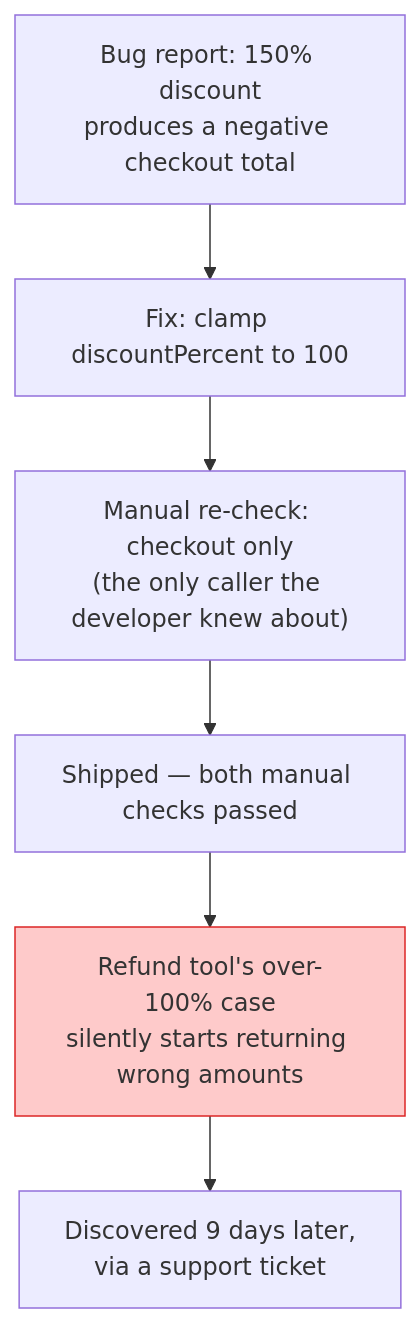
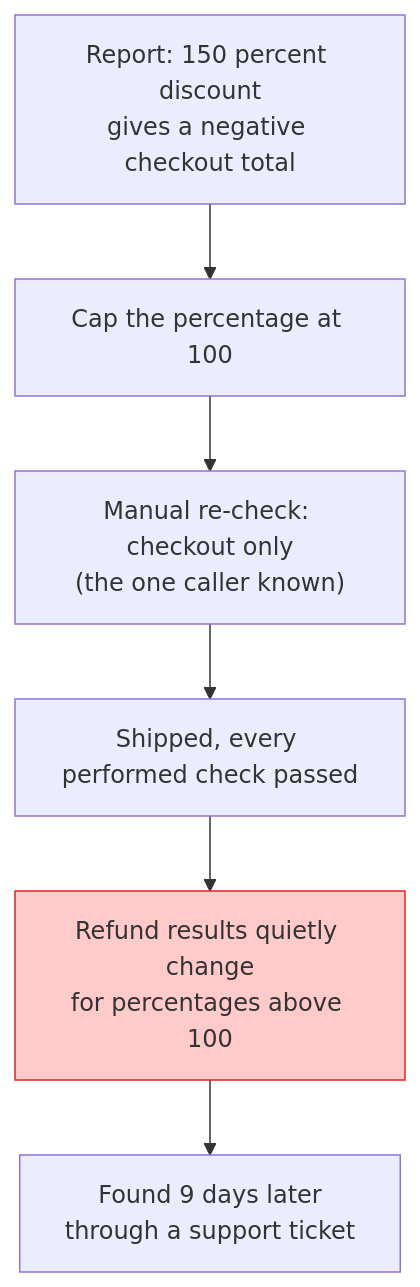
Before and after one commit to francoandreDev/knowledge: the diagram in src/content/testing-quality/case-automated-testing/L3-deep-dive.mdx, drawn with Mermaid. The commit also changed other lines of this file and 19 other files, not shown here.

````diff
--- a/src/content/testing-quality/case-automated-testing/L3-deep-dive.mdx
+++ b/src/content/testing-quality/case-automated-testing/L3-deep-dive.mdx
@@ -112,9 +69,9 @@
 ```mermaid
 flowchart TD
-    Bug["Bug report: 150% discount\nproduces a negative checkout total"] --> Fix["Fix: clamp discountPercent to 100"]
-    Fix --> ManualCheck["Manual re-check: checkout only\n(the only caller the developer knew about)"]
-    ManualCheck --> Ship["Shipped — both manual checks passed"]
-    Ship --> Hidden["Refund tool's over-100% case\nsilently starts returning wrong amounts"]
-    Hidden --> Discovered["Discovered 9 days later,\nvia a support ticket"]
+    Bug["Report: 150 percent discount<br/>gives a negative checkout total"] --> Fix["Cap the percentage at 100"]
+    Fix --> Manual["Manual re-check: checkout only<br/>(the one caller known)"]
+    Manual --> Ship["Shipped, every performed check passed"]
+    Ship --> Hidden["Refund results quietly change<br/>for percentages above 100"]
+    Hidden --> Found["Found 9 days later<br/>through a support ticket"]
     style Hidden fill:#fecaca,stroke:#dc2626
 ```
````
